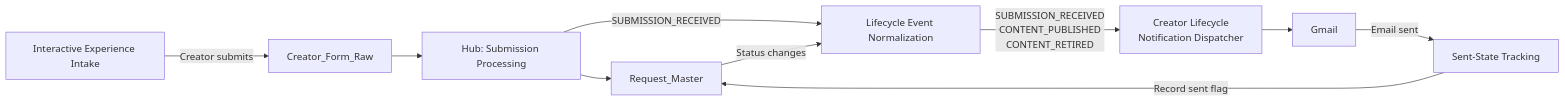
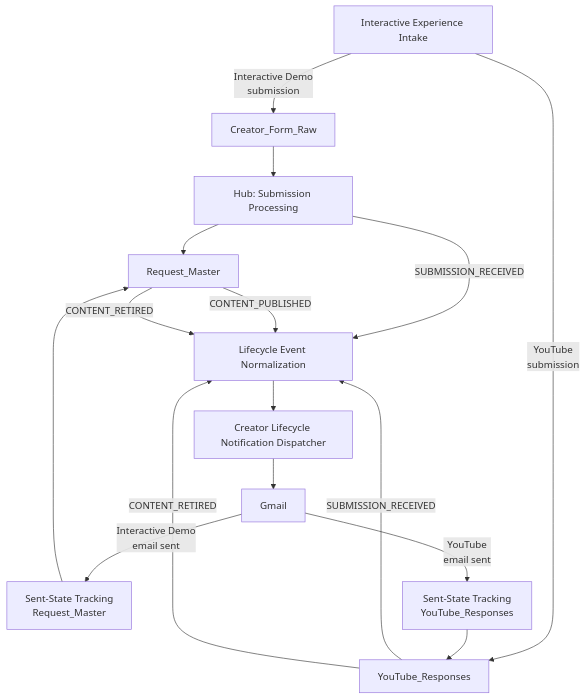
Before and after one commit to rubyyyyang/interactive-experience-hub: the second of 3 diagrams in docs/architecture.md, drawn with Mermaid. The commit also changed other lines of this file, not shown here.

Commit message:
docs: clarify Hub architecture and feature workflows

````diff
--- a/docs/architecture.md
+++ b/docs/architecture.md
@@ -110,21 +110,40 @@
 ```mermaid
-graph LR
+graph TB
     INTAKE[Interactive Experience Intake]
+    
     CFR[Creator_Form_Raw]
-    HUB[Hub: Submission Processing]
+    YT[YouTube_Responses]
+    
+    HUB_DEMO[Hub: Submission Processing]
     RM[Request_Master]
+    
     NORM[Lifecycle Event Normalization]
-    DISPATCH[Creator Lifecycle<br/>Notification Dispatcher]
+    
+    DISPATCH[Creator Lifecycle Notification Dispatcher]
     GMAIL[Gmail]
-    SENT[Sent-State Tracking]
     
-    INTAKE -->|Creator submits| CFR
-    CFR --> HUB
-    HUB --> RM
-    HUB -->|SUBMISSION_RECEIVED| NORM
-    RM -->|Status changes| NORM
-    NORM -->|SUBMISSION_RECEIVED<br/>CONTENT_PUBLISHED<br/>CONTENT_RETIRED| DISPATCH
+    SENT_DEMO[Sent-State Tracking<br/>Request_Master]
+    SENT_YT[Sent-State Tracking<br/>YouTube_Responses]
+    
+    INTAKE -->|Interactive Demo<br/>submission| CFR
+    INTAKE -->|YouTube<br/>submission| YT
+    
+    CFR --> HUB_DEMO
+    HUB_DEMO --> RM
+    
+    HUB_DEMO -->|SUBMISSION_RECEIVED| NORM
+    RM -->|CONTENT_PUBLISHED| NORM
+    RM -->|CONTENT_RETIRED| NORM
+    
+    YT -->|SUBMISSION_RECEIVED| NORM
+    YT -->|CONTENT_RETIRED| NORM
+    
+    NORM --> DISPATCH
     DISPATCH --> GMAIL
-    GMAIL -->|Email sent| SENT
-    SENT -->|Record sent flag| RM
+    
+    GMAIL -->|Interactive Demo<br/>email sent| SENT_DEMO
+    GMAIL -->|YouTube<br/>email sent| SENT_YT
+    
+    SENT_DEMO --> RM
+    SENT_YT --> YT
 ```
````
